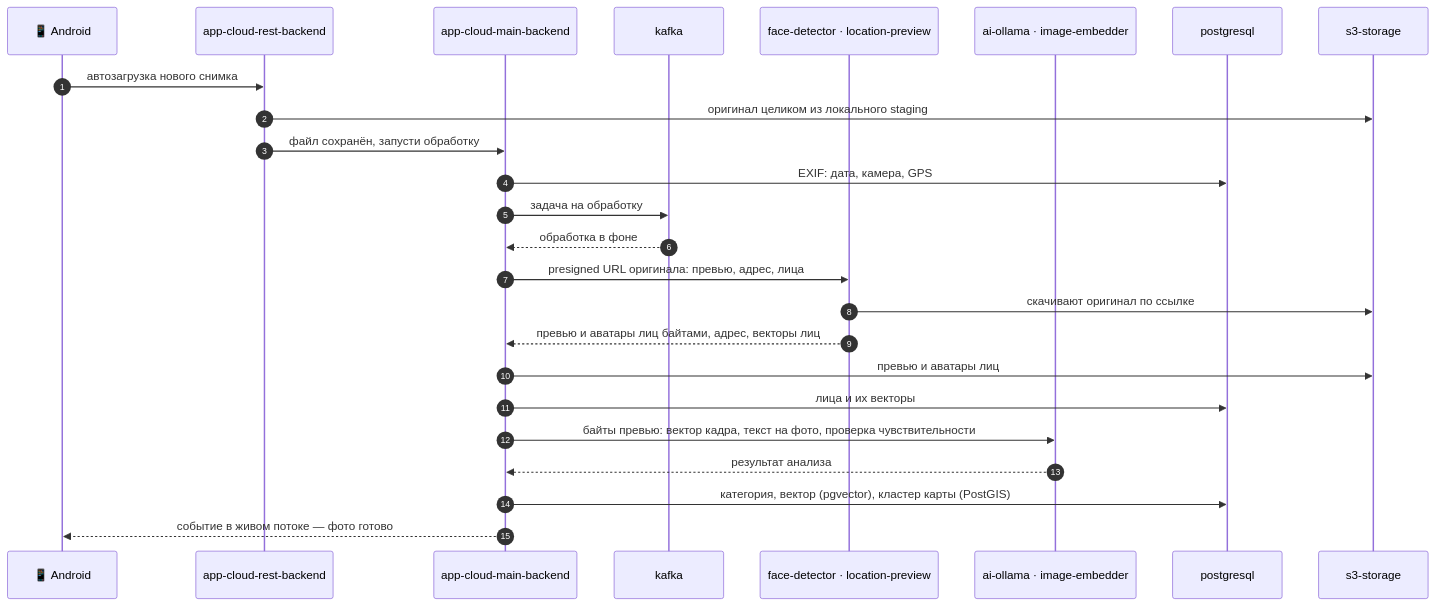
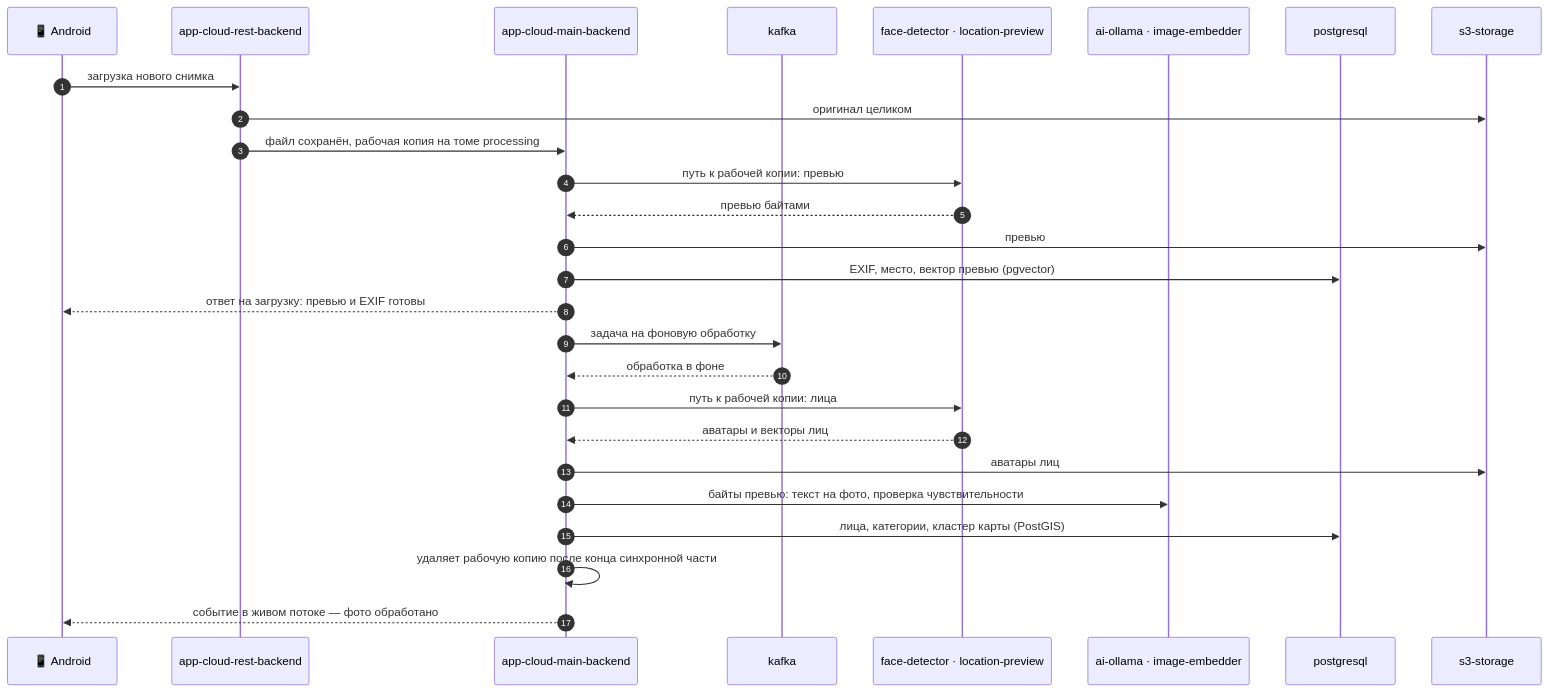
The fourth of 4 diagrams in README.md (Bati4eli/SmartCloud-all-in-one), drawn with Mermaid before and after one commit. The commit also changed other lines of this file, not shown here.

Commit message:
docs: 📂 show processing volume and sync embedding in architecture
- Architecture and photo pipeline diagrams show working copies on the processing volume and the synchronous preview embedding

````diff
--- a/README.md
+++ b/README.md
@@ -272,28 +275,30 @@
 ```mermaid
 sequenceDiagram
     autonumber
     participant Phone as 📱 Android
     participant REST as app-cloud-rest-backend
     participant Main as app-cloud-main-backend
     participant K as kafka
     participant CV as face-detector · location-preview
     participant AI as ai-ollama · image-embedder
     participant DB as postgresql
     participant S3 as s3-storage
 
-    Phone->>REST: автозагрузка нового снимка
-    REST->>S3: оригинал целиком из локального staging
-    REST->>Main: файл сохранён, запусти обработку
-    Main->>DB: EXIF: дата, камера, GPS
-    Main->>K: задача на обработку
+    Phone->>REST: загрузка нового снимка
+    REST->>S3: оригинал целиком
+    REST->>Main: файл сохранён, рабочая копия на томе processing
+    Main->>CV: путь к рабочей копии: превью
+    CV-->>Main: превью байтами
+    Main->>S3: превью
+    Main->>DB: EXIF, место, вектор превью (pgvector)
+    Main-->>Phone: ответ на загрузку: превью и EXIF готовы
+    Main->>K: задача на фоновую обработку
     K-->>Main: обработка в фоне
-    Main->>CV: presigned URL оригинала: превью, адрес, лица
-    CV->>S3: скачивают оригинал по ссылке
-    CV-->>Main: превью и аватары лиц байтами, адрес, векторы лиц
-    Main->>S3: превью и аватары лиц
-    Main->>DB: лица и их векторы
-    Main->>AI: байты превью: вектор кадра, текст на фото, проверка чувствительности
-    AI-->>Main: результат анализа
-    Main->>DB: категория, вектор (pgvector), кластер карты (PostGIS)
-    Main-->>Phone: событие в живом потоке — фото готово
+    Main->>CV: путь к рабочей копии: лица
+    CV-->>Main: аватары и векторы лиц
+    Main->>S3: аватары лиц
+    Main->>AI: байты превью: текст на фото, проверка чувствительности
+    Main->>DB: лица, категории, кластер карты (PostGIS)
+    Main->>Main: удаляет рабочую копию после конца синхронной части
+    Main-->>Phone: событие в живом потоке — фото обработано
 ```
````
